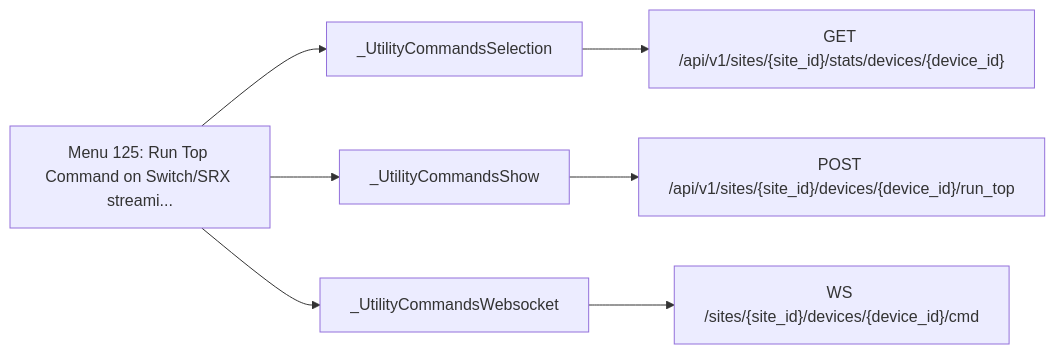
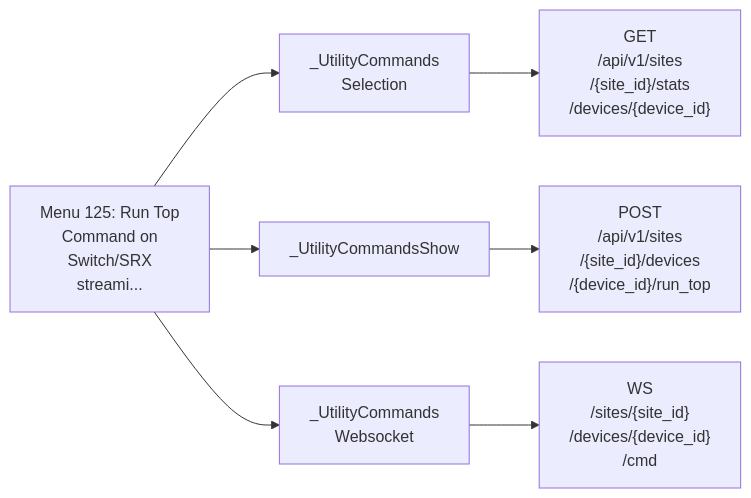
Before and after one commit to jmorrison-juniper/MistHelper: the third of 28 diagrams in documentation/menu-api/interactive.md, drawn with Mermaid. The commit also changed other lines of this file and 19 other files, not shown here.

First line of the commit message:
docs(menu-api): fit the Mermaid diagrams to the wiki column

````diff
--- a/documentation/menu-api/interactive.md
+++ b/documentation/menu-api/interactive.md
@@ -222,10 +74,10 @@
 ```mermaid
 flowchart LR
-    menu["Menu 125: Run Top Command on Switch/SRX streami..."]
-    menu --> c1["_UtilityCommandsSelection"]
-    c1 --> e1["GET /api/v1/sites/{site_id}/stats/devices/{device_id}"]
+    menu["Menu 125: Run Top<br/>Command on<br/>Switch/SRX<br/>streami..."]
+    menu --> c1["_UtilityCommands<br/>Selection"]
+    c1 --> e1["GET<br/>/api/v1/sites<br/>/{site_id}/stats<br/>/devices/{device_id}"]
     menu --> c2["_UtilityCommandsShow"]
-    c2 --> e2["POST /api/v1/sites/{site_id}/devices/{device_id}/run_top"]
-    menu --> c3["_UtilityCommandsWebsocket"]
-    c3 --> e3["WS /sites/{site_id}/devices/{device_id}/cmd"]
+    c2 --> e2["POST<br/>/api/v1/sites<br/>/{site_id}/devices<br/>/{device_id}/run_top"]
+    menu --> c3["_UtilityCommands<br/>Websocket"]
+    c3 --> e3["WS<br/>/sites/{site_id}<br/>/devices/{device_id}<br/>/cmd"]
 ```
````
